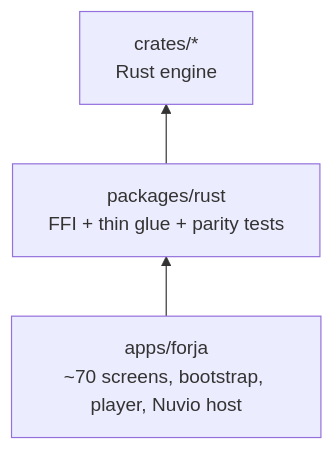
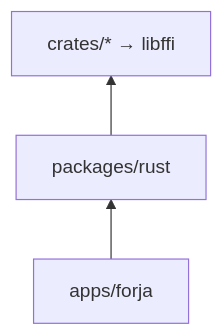
Before and after one commit to mGhassen/Forja: the diagram in docs/INVENTORY.md, drawn with Mermaid. The commit also changed other lines of this file and 39 other files, not shown here.

````diff
--- a/docs/INVENTORY.md
+++ b/docs/INVENTORY.md
@@ -17,9 +25,9 @@
 ```mermaid
 flowchart BT
-  app["apps/forja\n~70 screens, bootstrap, player, Nuvio host"]
-  rustPkg["packages/rust\nFFI + thin glue + parity tests"]
-  crates["crates/*\nRust engine"]
+  app["apps/forja"]
+  rustPkg["packages/rust"]
+  crates["crates/* → libffi"]
 
   app --> rustPkg
   rustPkg --> crates
 ```
````
